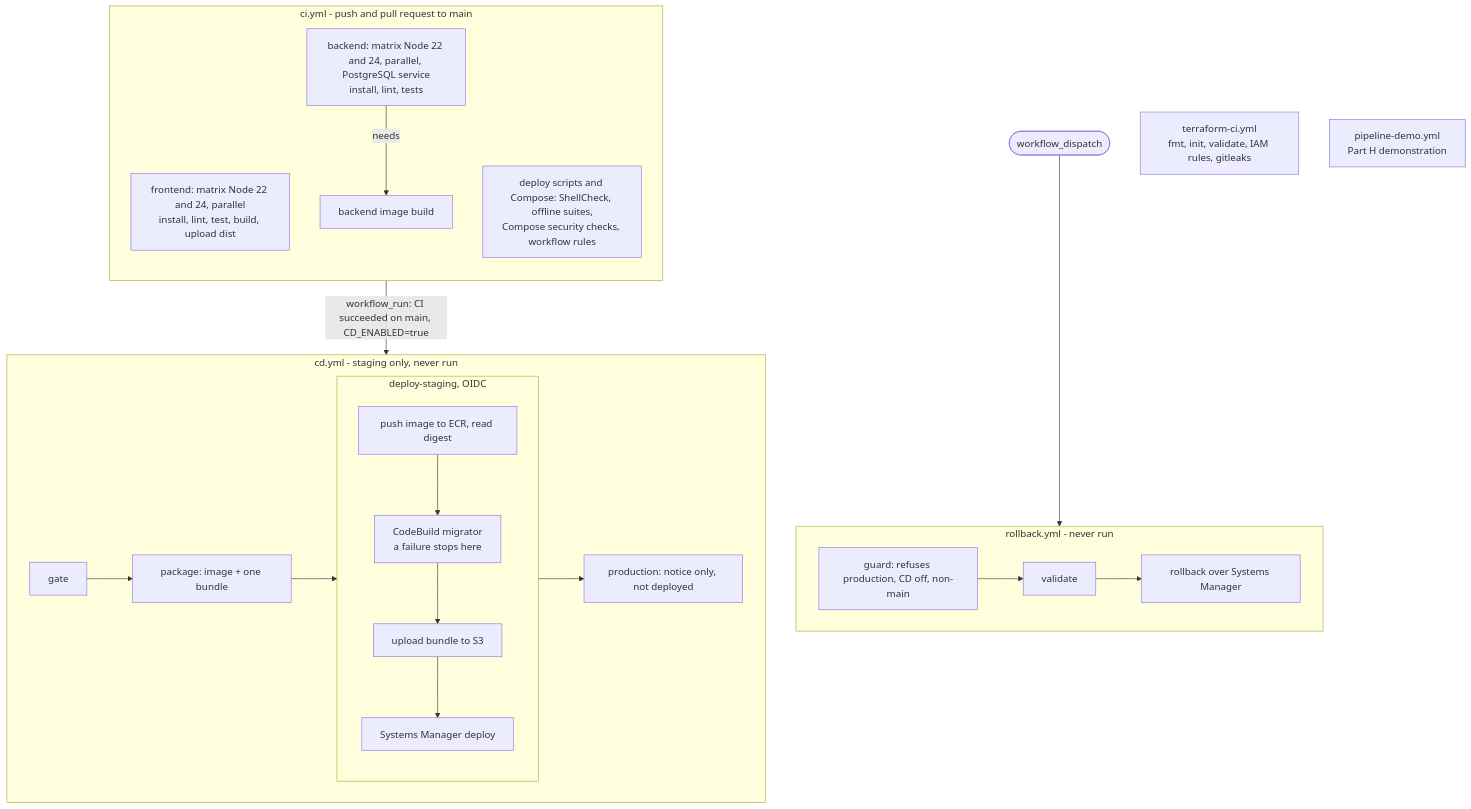
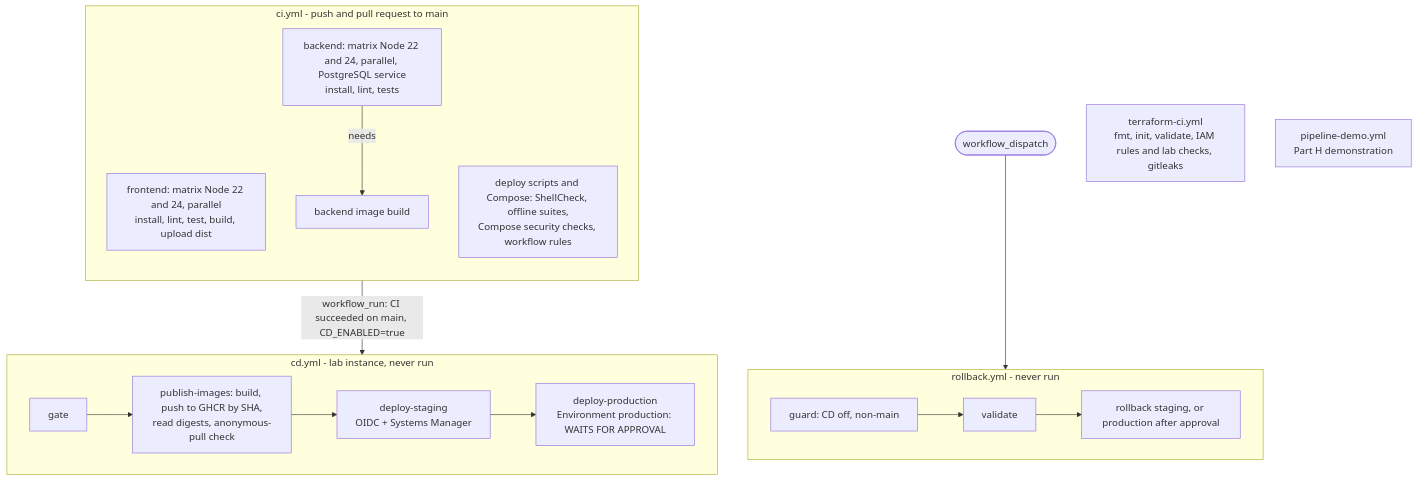
The third of 3 diagrams in README.md (Bhabotos/shopnest-devops-cicd), drawn with Mermaid before and after one commit. The commit also changed other lines of this file and 31 other files, not shown here.

First line of the commit message:
feat(infra): add the lab Terraform, correct the deployment documentation, fix /var/lib/shopnest

````diff
--- a/README.md
+++ b/README.md
@@ -198,25 +196,21 @@
 ```mermaid
 flowchart TB
   subgraph ci [ci.yml - push and pull request to main]
     direction TB
     fe[frontend: matrix Node 22 and 24, parallel<br/>install, lint, test, build, upload dist]
     be[backend: matrix Node 22 and 24, parallel, PostgreSQL service<br/>install, lint, tests]
     be -->|needs| img[backend image build]
     ds[deploy scripts and Compose: ShellCheck, offline suites,<br/>Compose security checks, workflow rules]
   end
   ci -->|workflow_run: CI succeeded on main, CD_ENABLED=true| cd
-  subgraph cd [cd.yml - staging only, never run]
-    gate --> package[package: image + one bundle] --> staging
-    subgraph staging [deploy-staging, OIDC]
-      direction TB
-      s1[push image to ECR, read digest] --> s2[CodeBuild migrator<br/>a failure stops here] --> s3[upload bundle to S3] --> s4[Systems Manager deploy]
-    end
-    staging --> note[production: notice only, not deployed]
+  subgraph cd [cd.yml - lab instance, never run]
+    gate --> pub[publish-images: build, push to GHCR by SHA,<br/>read digests, anonymous-pull check] --> staging[deploy-staging<br/>OIDC + Systems Manager]
+    staging --> prod[deploy-production<br/>Environment production: WAITS FOR APPROVAL]
   end
   manual([workflow_dispatch]) --> rb
   subgraph rb [rollback.yml - never run]
-    g[guard: refuses production, CD off, non-main] --> v[validate] --> r[rollback over Systems Manager]
+    g[guard: CD off, non-main] --> v[validate] --> r[rollback staging, or production after approval]
   end
-  tf[terraform-ci.yml<br/>fmt, init, validate, IAM rules, gitleaks]
+  tf[terraform-ci.yml<br/>fmt, init, validate, IAM rules and lab checks, gitleaks]
   demo[pipeline-demo.yml<br/>Part H demonstration]
 ```
````
